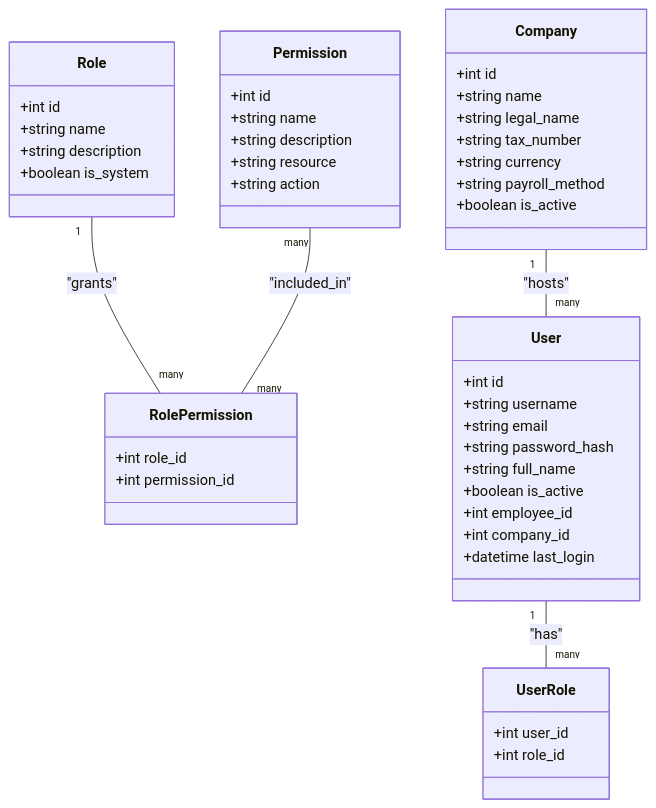
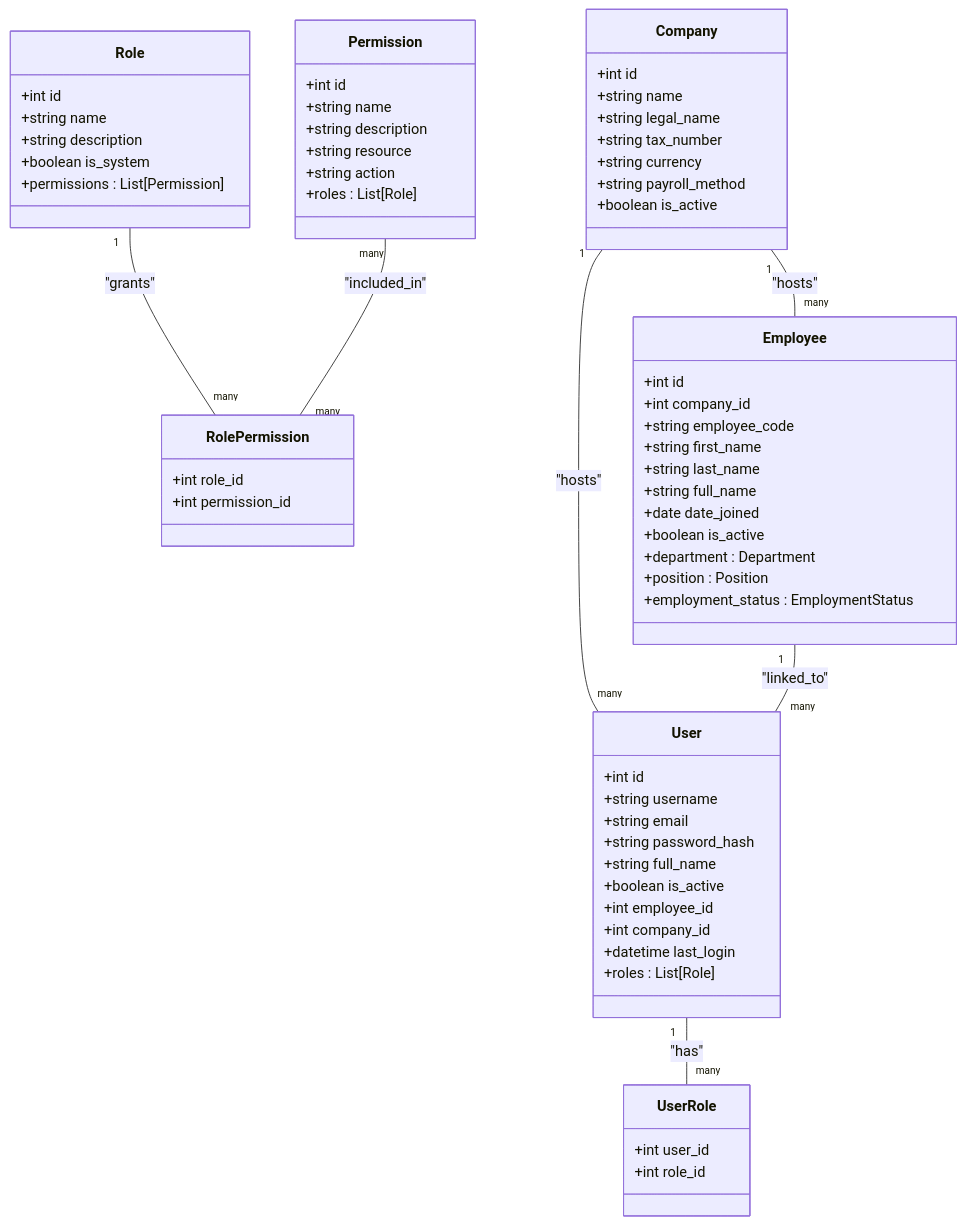
Before and after one commit to bikinaplikasipakeqoder-dot/payroll-hris: the second of 3 diagrams in .qoder/repowiki/en/content/Authentication & Authorization.md, drawn with Mermaid. The commit also changed other lines of this file and 22 other files, not shown here.

````diff
--- a/.qoder/repowiki/en/content/Authentication & Authorization.md
+++ b/.qoder/repowiki/en/content/Authentication & Authorization.md
@@ -81,48 +141,66 @@
 ```mermaid
 classDiagram
 class Company {
 +int id
 +string name
 +string legal_name
 +string tax_number
 +string currency
 +string payroll_method
 +boolean is_active
 }
 class Role {
 +int id
 +string name
 +string description
 +boolean is_system
++permissions : List[Permission]
 }
 class Permission {
 +int id
 +string name
 +string description
 +string resource
 +string action
++roles : List[Role]
 }
 class UserRole {
 +int user_id
 +int role_id
 }
 class RolePermission {
 +int role_id
 +int permission_id
 }
 class User {
 +int id
 +string username
 +string email
 +string password_hash
 +string full_name
 +boolean is_active
 +int employee_id
 +int company_id
 +datetime last_login
++roles : List[Role]
+}
+class Employee {
++int id
++int company_id
++string employee_code
++string first_name
++string last_name
++string full_name
++date date_joined
++boolean is_active
++department : Department
++position : Position
++employment_status : EmploymentStatus
 }
 User "1" -- "many" UserRole : "has"
 Role "1" -- "many" RolePermission : "grants"
 Permission "many" -- "many" RolePermission : "included_in"
 Company "1" -- "many" User : "hosts"
+Company "1" -- "many" Employee : "hosts"
+Employee "1" -- "many" User : "linked_to"
 ```
````
